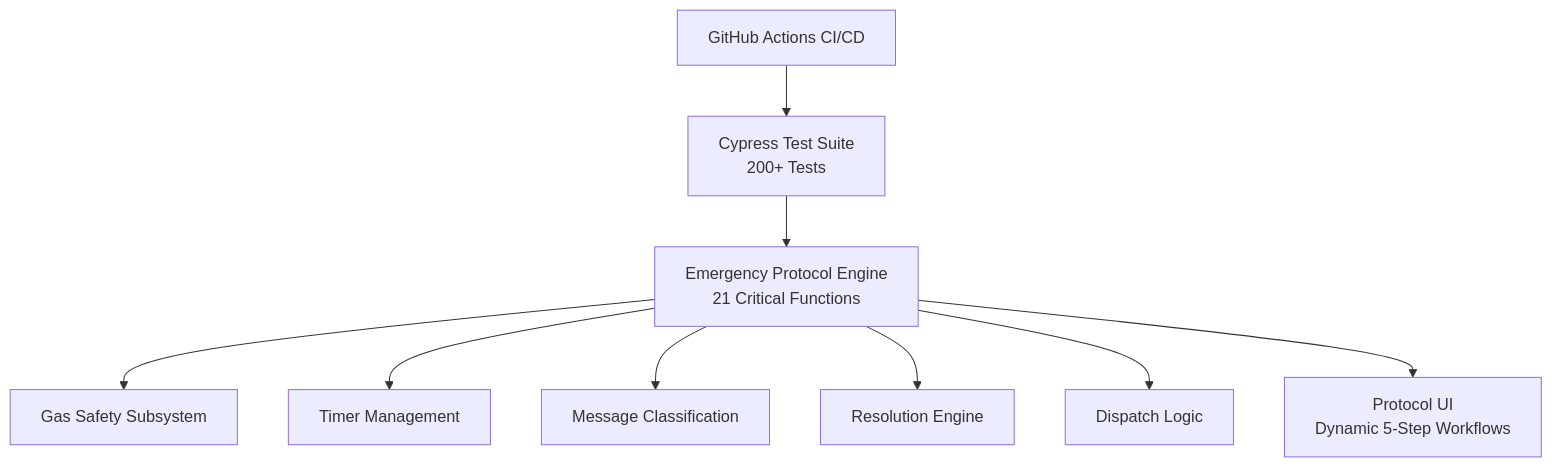
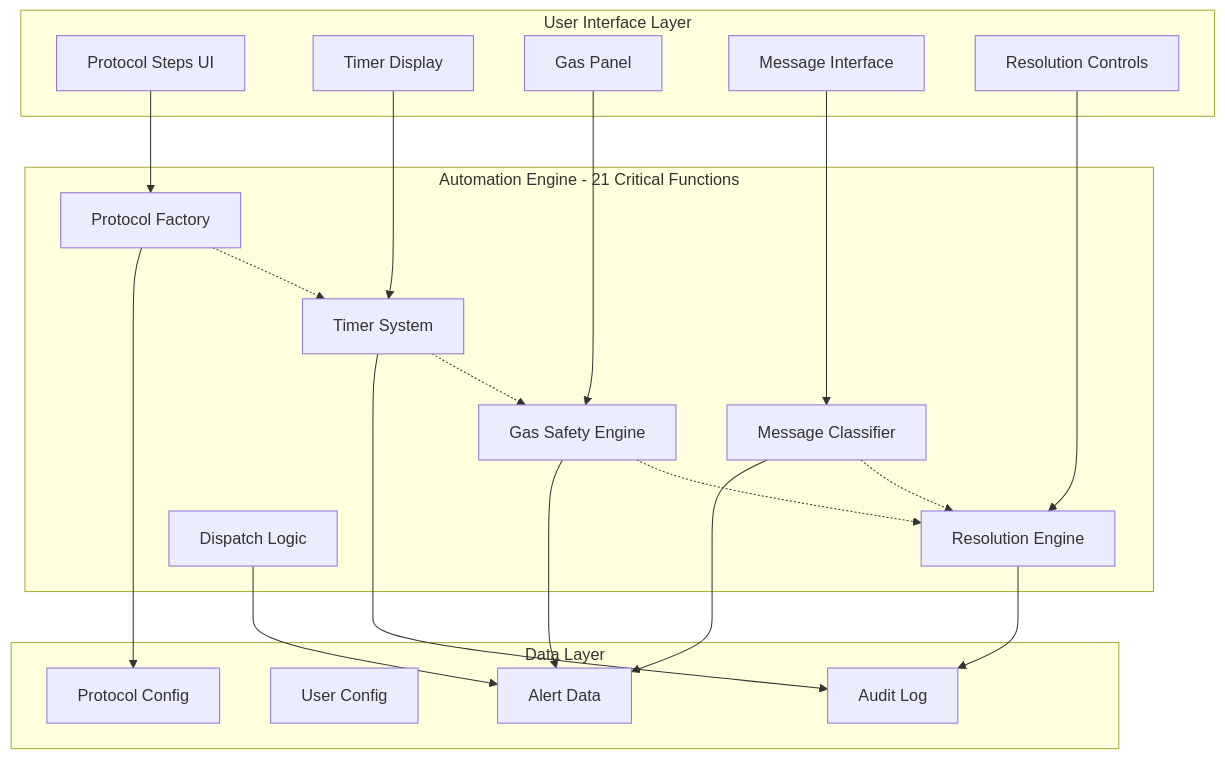
The first of 3 diagrams in README.md (Ivanhoe1970/BLN_Cypress_Showcase), drawn with Mermaid before and after one commit. The commit also changed other lines of this file, not shown here.

````diff
--- a/README.md
+++ b/README.md
@@ -77,13 +36,44 @@
 ```mermaid
-flowchart TD
-    A[Emergency Protocol Engine<br>21 Critical Functions] --> B[Gas Safety Subsystem]
-    A --> C[Timer Management]
-    A --> D[Message Classification]
-    A --> E[Resolution Engine]
-    A --> F[Dispatch Logic]
+flowchart TB
+    subgraph "User Interface Layer"
+        A[Protocol Steps UI]
+        B[Timer Display]
+        C[Gas Panel]
+        D[Message Interface]
+        E[Resolution Controls]
+    end
     
-    G[Cypress Test Suite<br>200+ Tests] --> A
-    H[GitHub Actions CI/CD] --> G
+    subgraph "Automation Engine - 21 Critical Functions"
+        F[Protocol Factory]
+        G[Timer System]
+        H[Gas Safety Engine]
+        I[Message Classifier]
+        J[Resolution Engine]
+        K[Dispatch Logic]
+    end
     
-    A --> I[Protocol UI<br>Dynamic 5-Step Workflows]
+    subgraph "Data Layer"
+        L[Alert Data]
+        M[User Config]
+        N[Protocol Config]
+        O[Audit Log]
+    end
+    
+    A --> F
+    B --> G
+    C --> H
+    D --> I
+    E --> J
+    
+    F --> N
+    G --> O
+    H --> L
+    I --> L
+    J --> O
+    K --> L
+    
+    F -.-> G
+    G -.-> H
+    H -.-> J
+    I -.-> J
 ```
````
